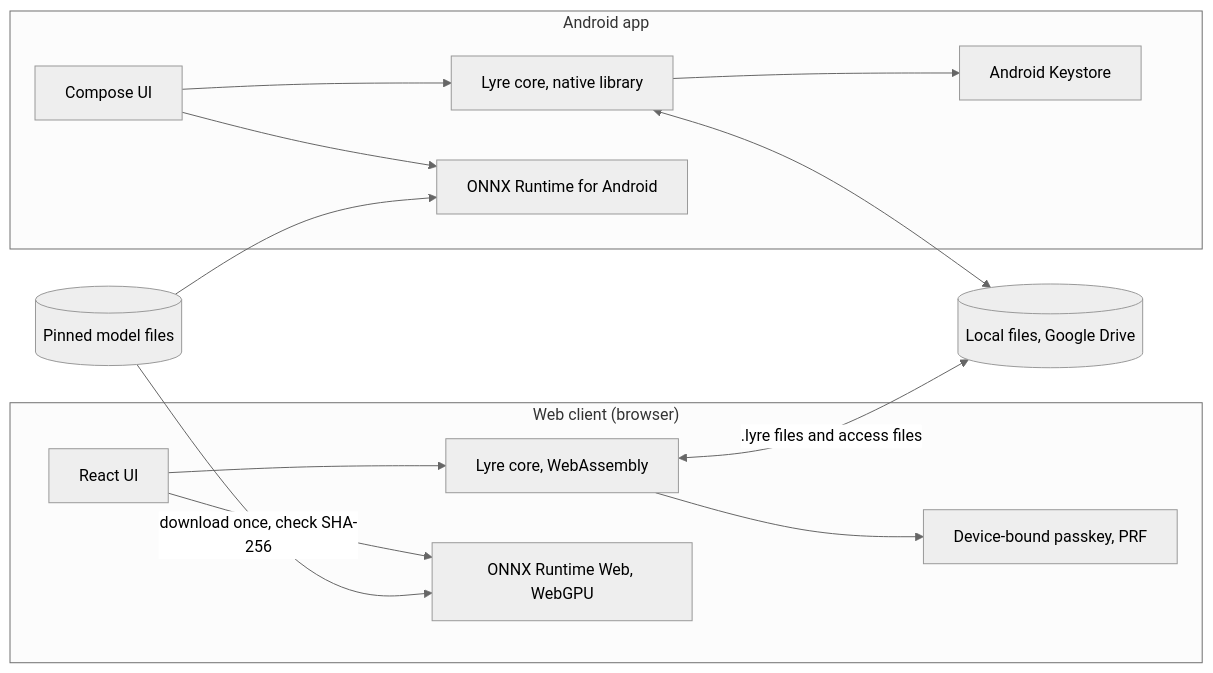
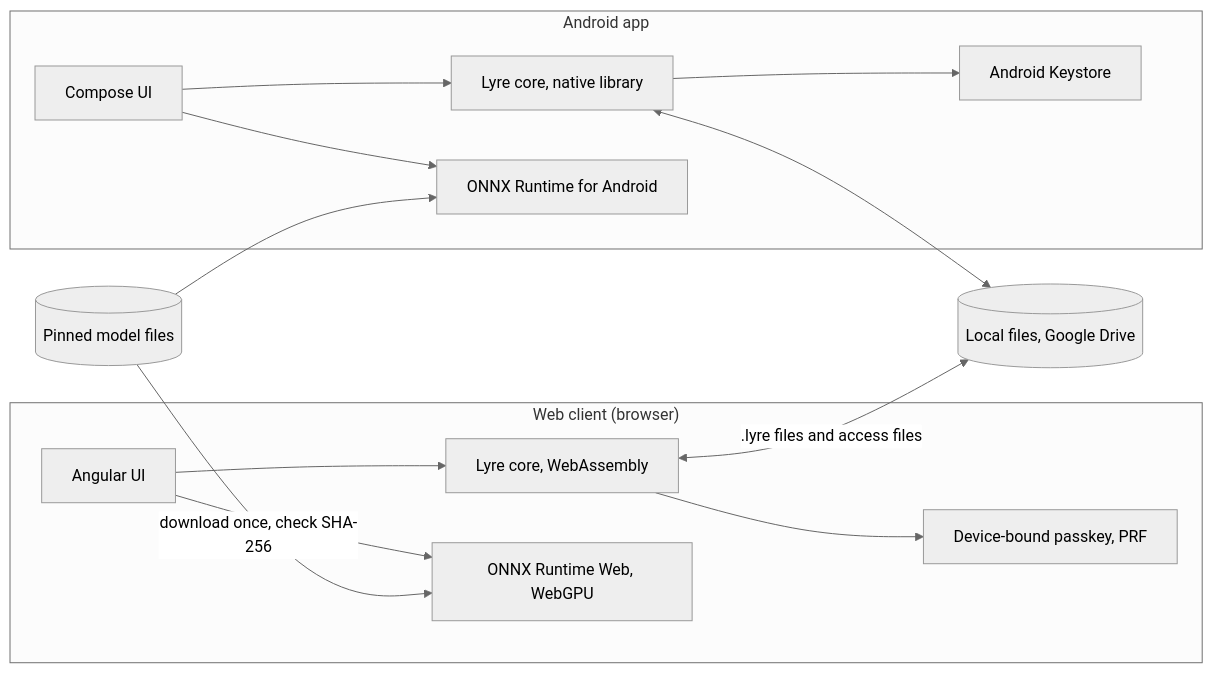
Before and after one commit to phuongnse/lyre: the diagram in docs/architecture.md, drawn with Mermaid (neutral theme). The commit also changed other lines of this file and 5 other files, not shown here.

````diff
--- a/docs/architecture.md
+++ b/docs/architecture.md
@@ -10,17 +10,17 @@
 ```mermaid
 flowchart LR
     subgraph Web["Web client (browser)"]
-        WebUI[React UI] --> WasmCore[Lyre core, WebAssembly]
+        WebUI[Angular UI] --> WasmCore[Lyre core, WebAssembly]
         WebUI --> OrtWeb[ONNX Runtime Web, WebGPU]
         WasmCore --> Passkey[Device-bound passkey, PRF]
     end
     subgraph Android["Android app"]
         Compose[Compose UI] --> NativeCore[Lyre core, native library]
         Compose --> OrtAndroid[ONNX Runtime for Android]
         NativeCore --> Keystore[Android Keystore]
     end
     WasmCore <-->|".lyre files and access files"| Files[(Local files, Google Drive)]
     NativeCore <--> Files
     Models[(Pinned model files)] -->|download once, check SHA-256| OrtWeb
     Models --> OrtAndroid
 ```
````
